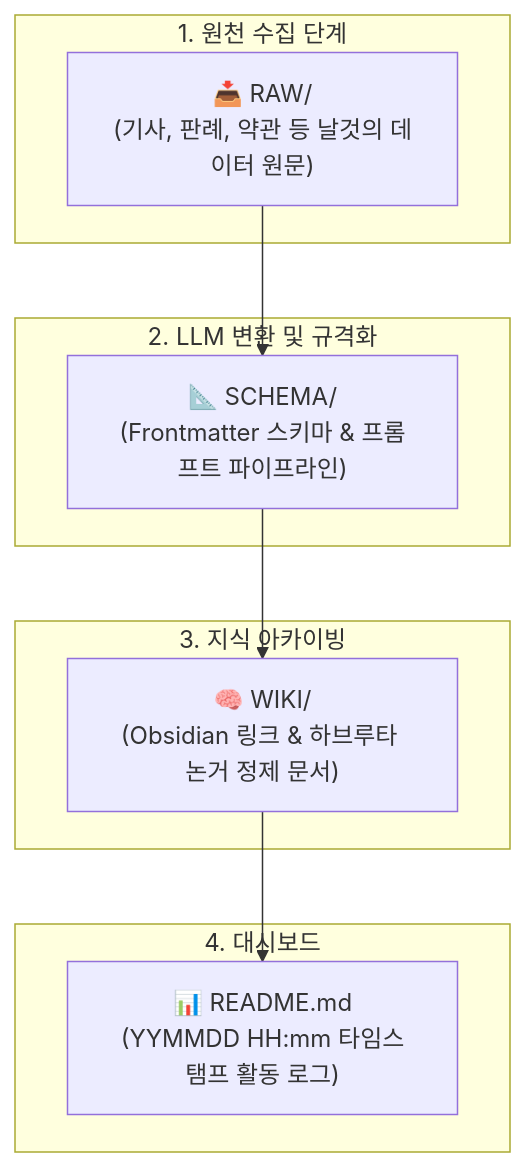
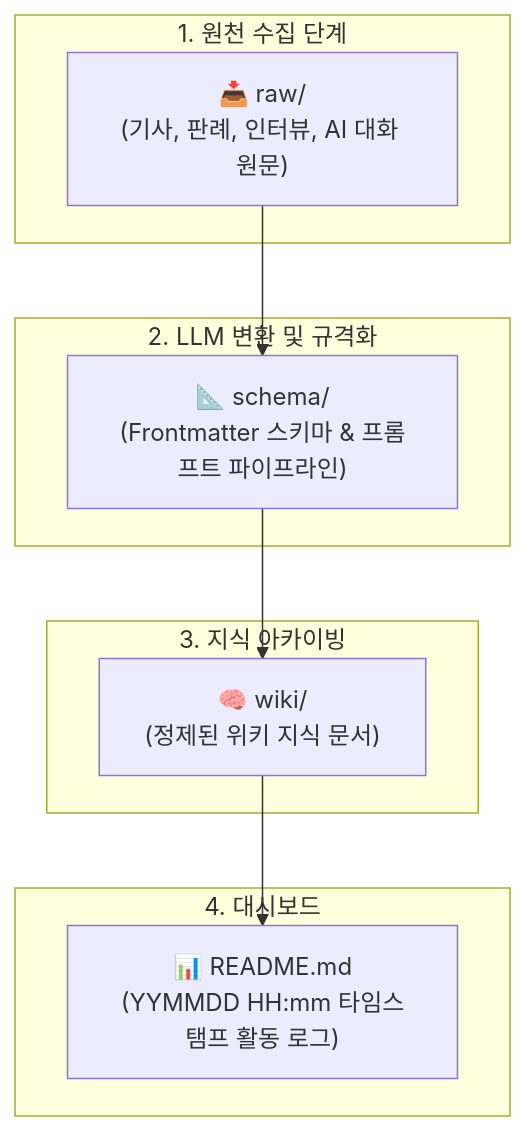
The diagram in README.md (semi282/AMANBO), drawn with Mermaid before and after one commit. The commit also changed other lines of this file and 51 other files, not shown here.

````diff
--- a/README.md
+++ b/README.md
@@ -22,22 +29,22 @@
 ```mermaid
 flowchart TD
     subgraph 1. 원천 수집 단계
-        R["📥 RAW/<br>(기사, 판례, 약관 등 날것의 데이터 원문)"]
+        R["📥 raw/<br>(기사, 판례, 인터뷰, AI 대화 원문)"]
     end
 
     subgraph 2. LLM 변환 및 규격화
-        S["📐 SCHEMA/<br>(Frontmatter 스키마 & 프롬프트 파이프라인)"]
+        S["📐 schema/<br>(Frontmatter 스키마 & 프롬프트 파이프라인)"]
     end
 
     subgraph 3. 지식 아카이빙
-        W["🧠 WIKI/<br>(Obsidian 링크 & 하브루타 논거 정제 문서)"]
+        W["🧠 wiki/<br>(정제된 위키 지식 문서)"]
     end
 
     subgraph 4. 대시보드
         D["📊 README.md<br>(YYMMDD HH:mm 타임스탬프 활동 로그)"]
     end
 
     R --> S
     S --> W
     W --> D
 ```
````
